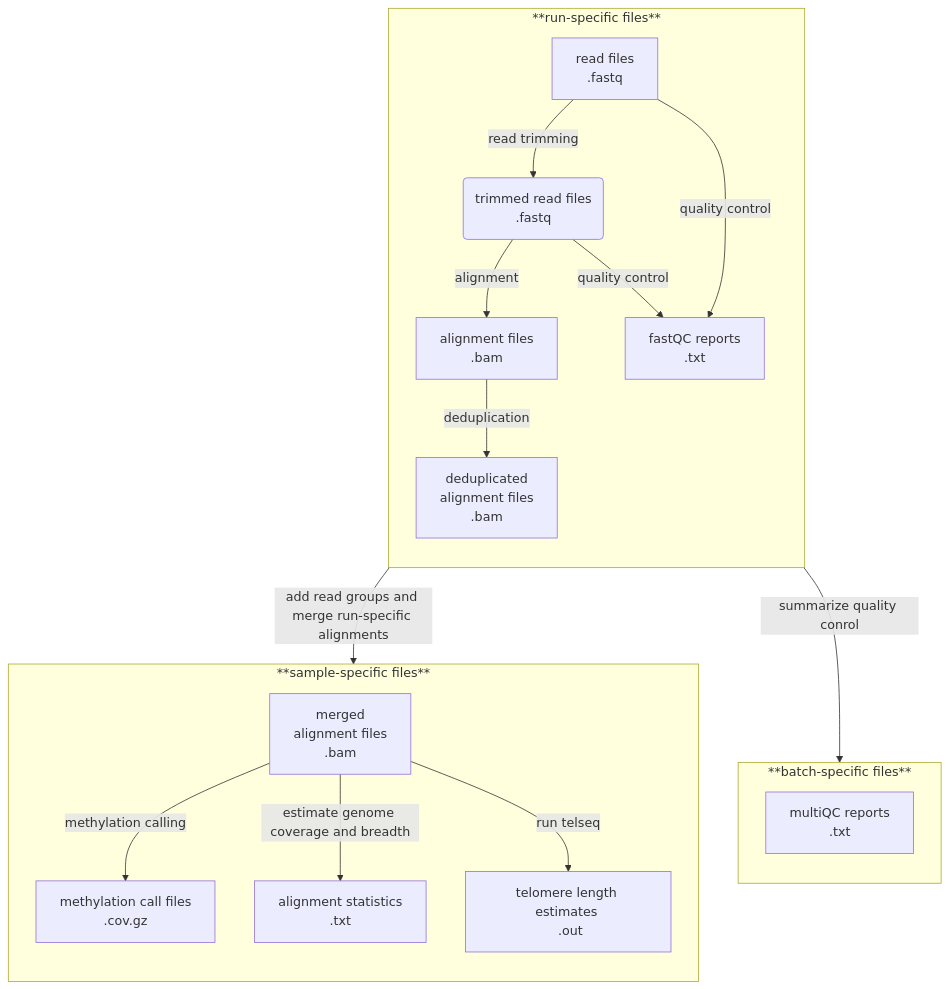
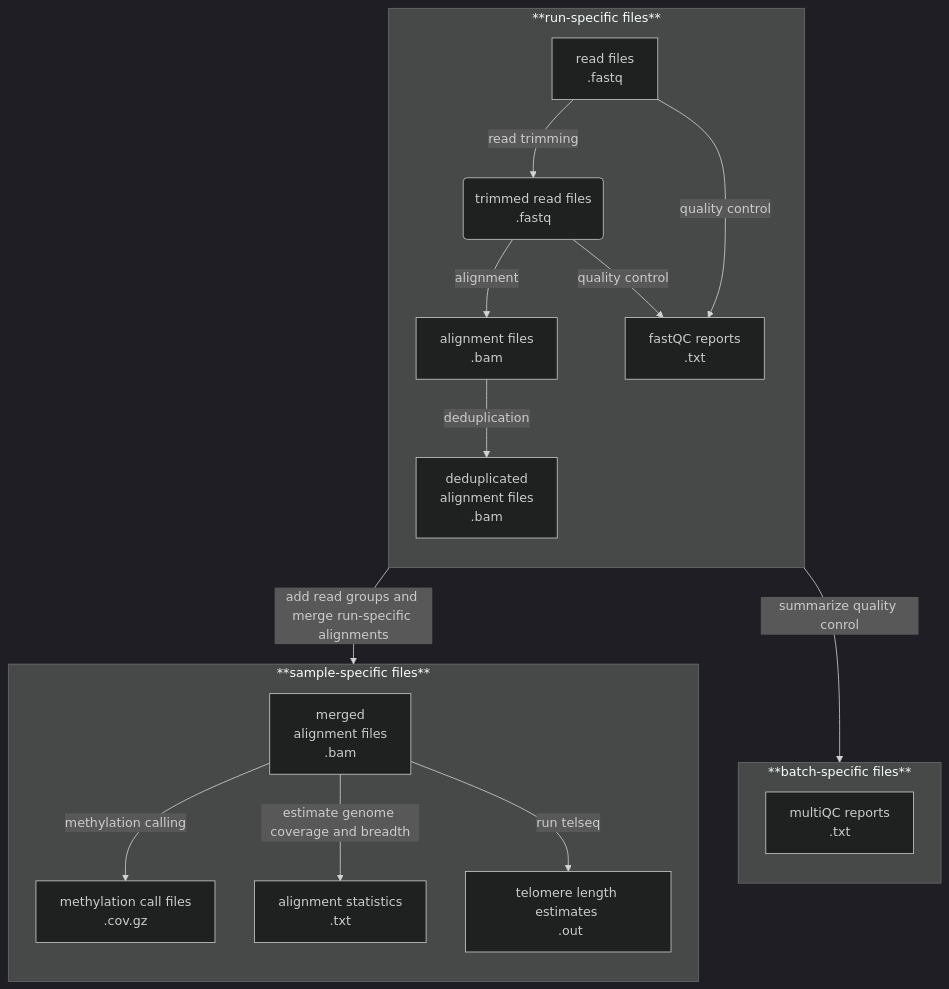
One commit to MLindner0/bioinformatics_wgbs_soaysheep changed the diagram in README.md. Above: the diagram before and after it, drawn with Mermaid. The commit also changed other lines of this file, not shown here.

````diff
--- a/README.md
+++ b/README.md
@@ -16,23 +16,28 @@
 ```mermaid
+---
+config:
+  theme: dark
+---
+
 flowchart TD
     subgraph SGA [**run-specific files**]
         direction TB
         A[read files <br> .fastq ] --> |read trimming| B(trimmed read files <br> .fastq)
         B --> |alignment| C[alignment files <br> .bam]
         C --> |deduplication| D[deduplicated <br> alignment files <br> .bam ]
         A --> |quality control| H[fastQC reports <br> .txt]
         B --> |quality control| H[fastQC reports <br> .txt]
     end
     subgraph SG2 [**sample-specific files**]
         direction TB
         E[merged <br> alignment files <br> .bam] --> |methylation calling| F[methylation call files <br> .cov.gz]
         E --> |estimate genome coverage and breadth| I[alignment statistics <br> .txt]
         E --> |run telseq| J[telomere length estimates <br> .out]
     end
     D --> |add read groups and merge run-specific alignments| SG2
     subgraph SG3 [**batch-specific files**]
         direction TB
         G[multiQC reports <br> .txt] 
     end
     H --> |summarize quality conrol| SG3
 ```
````
